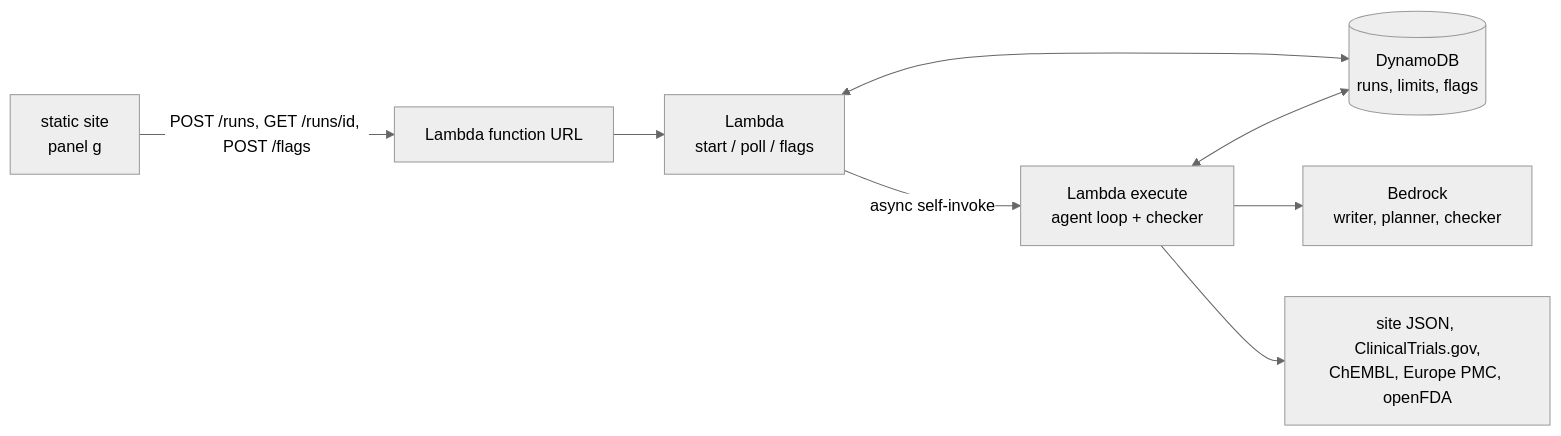
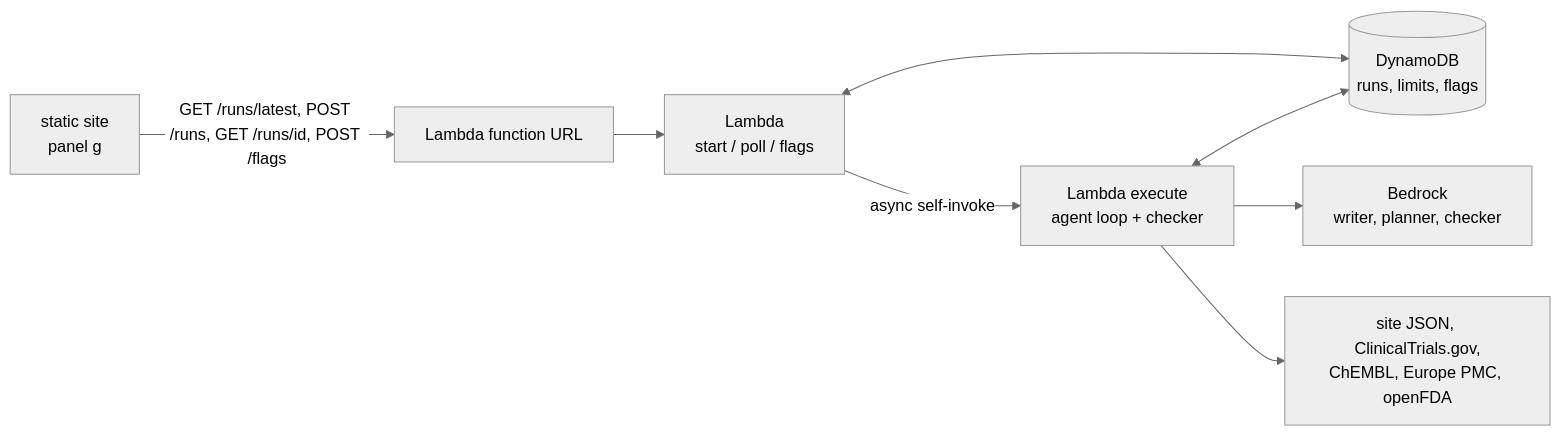
One commit to martin-valny/trials changed the second of 2 diagrams in docs/architecture.md. Above: the diagram before and after it, drawn with Mermaid (neutral theme). The commit also changed other lines of this file and 3 other files, not shown here.

````diff
--- a/docs/architecture.md
+++ b/docs/architecture.md
@@ -49,10 +49,10 @@
 ```mermaid
 flowchart LR
-    WEB[static site<br/>panel g] -->|POST /runs, GET /runs/id, POST /flags| URL[Lambda function URL]
+    WEB[static site<br/>panel g] -->|GET /runs/latest, POST /runs, GET /runs/id, POST /flags| URL[Lambda function URL]
     URL --> L[Lambda<br/>start / poll / flags]
     L -->|async self-invoke| X[Lambda execute<br/>agent loop + checker]
     L <--> DDB[(DynamoDB<br/>runs, limits, flags)]
     X <--> DDB
     X --> BR[Bedrock<br/>writer, planner, checker]
     X --> API[site JSON, ClinicalTrials.gov,<br/>ChEMBL, Europe PMC, openFDA]
 ```
````
